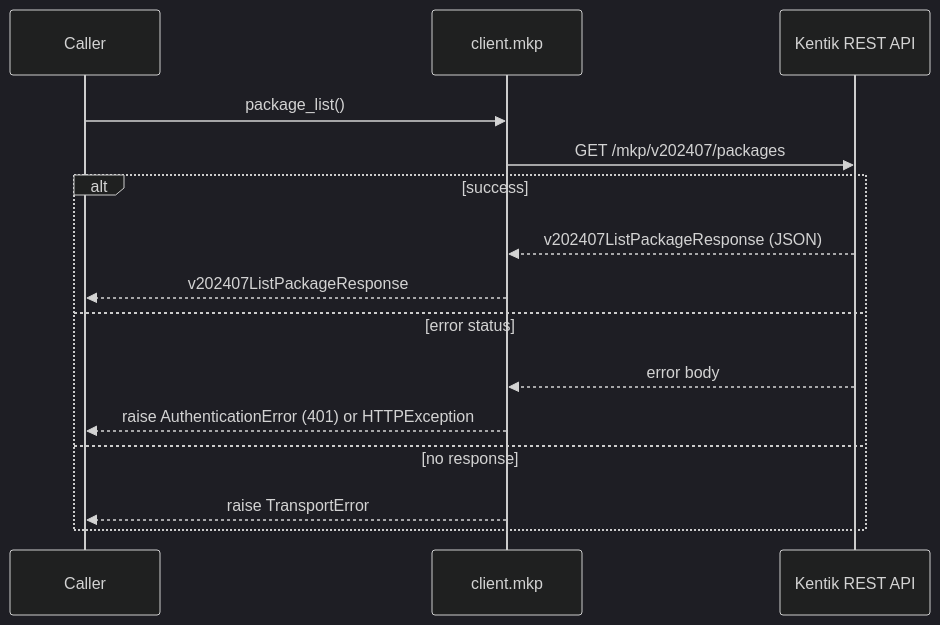
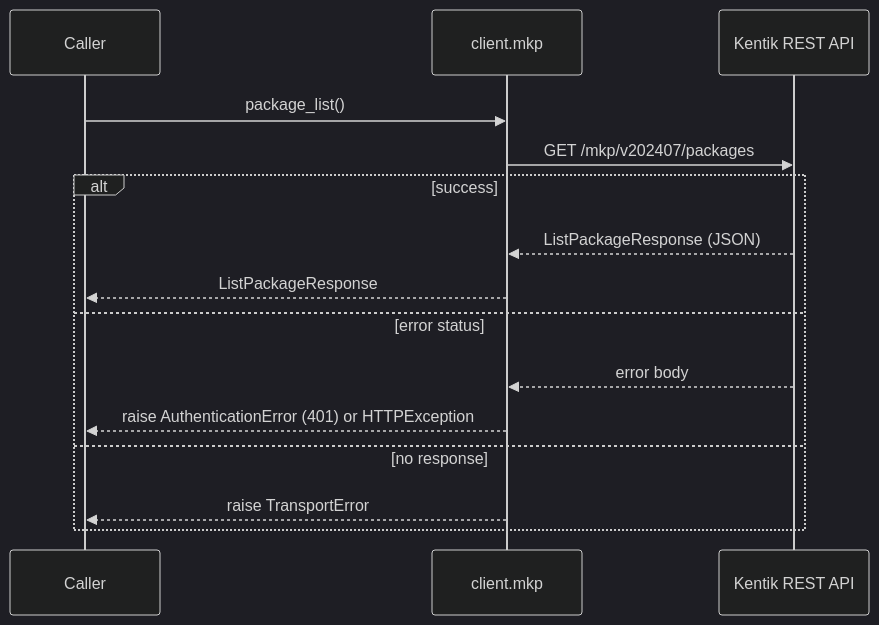
Before and after one commit to alexdearaujo/community_sdk_python: the second of 30 diagrams in docs/sphinx/services/mkp.md, drawn with Mermaid (dark theme). The commit also changed other lines of this file and 38 other files, not shown here.

````diff
--- a/docs/sphinx/services/mkp.md
+++ b/docs/sphinx/services/mkp.md
@@ -40,18 +40,18 @@
 ```mermaid
 sequenceDiagram
     participant C as Caller
     participant W as client.mkp
     participant API as Kentik REST API
 
     C->>W: package_list()
     W->>API: GET /mkp/v202407/packages
     alt success
-        API-->>W: v202407ListPackageResponse (JSON)
-        W-->>C: v202407ListPackageResponse
+        API-->>W: ListPackageResponse (JSON)
+        W-->>C: ListPackageResponse
     else error status
         API-->>W: error body
         W-->>C: raise AuthenticationError (401) or HTTPException
     else no response
         W-->>C: raise TransportError
     end
 ```
````
